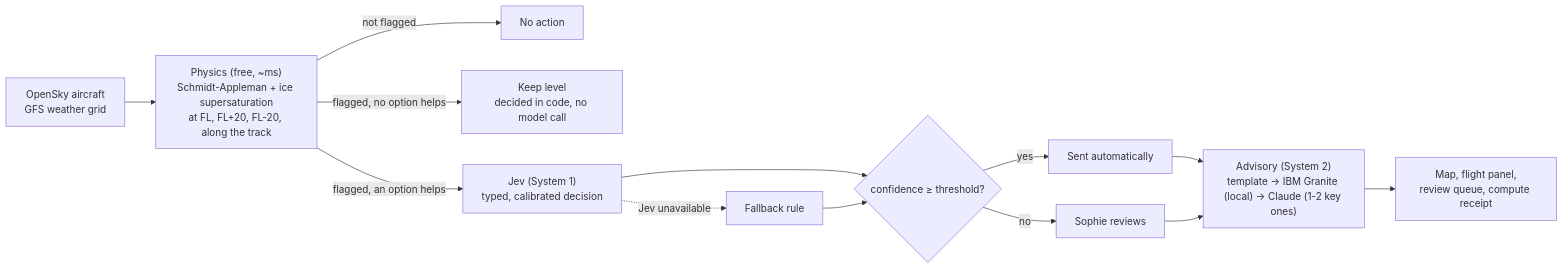
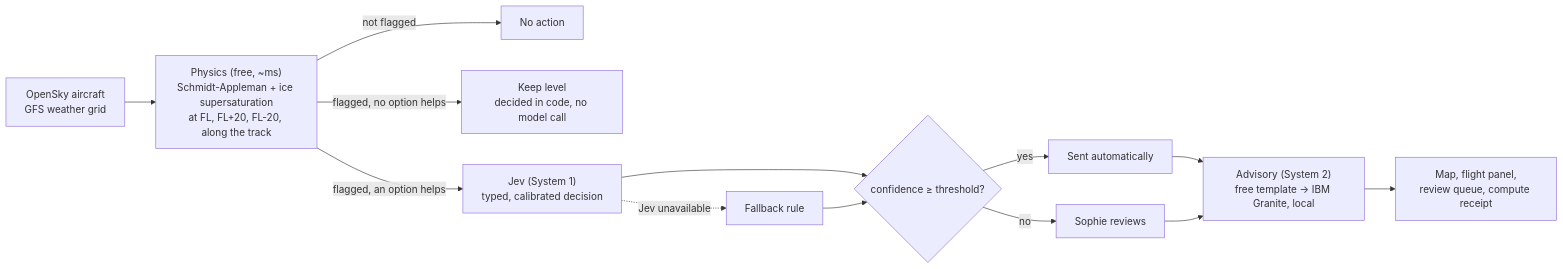
One commit to hediamara1208-commits/TrailSense changed the diagram in README.md. Above: the diagram before and after it, drawn with Mermaid. The commit also changed other lines of this file and 4 other files, not shown here.

Commit message:
No Claude API credits at CodeJam: Claude writing tier off (MAX_CLAUDE_ADVISORIES=0), Granite writes the key advisories; docs updated

````diff
--- a/README.md
+++ b/README.md
@@ -28,15 +28,15 @@
 ```mermaid
 flowchart LR
     A[OpenSky aircraft<br/>GFS weather grid] --> B["Physics (free, ~ms)<br/>Schmidt-Appleman + ice supersaturation<br/>at FL, FL+20, FL-20, along the track"]
     B -->|not flagged| Z[No action]
     B -->|flagged, no option helps| M[Keep level<br/>decided in code, no model call]
     B -->|flagged, an option helps| J["Jev (System 1)<br/>typed, calibrated decision"]
     J -.->|Jev unavailable| R[Fallback rule]
     J --> T{confidence ≥ threshold?}
     R --> T
     T -->|yes| AUTO[Sent automatically]
     T -->|no| HUM[Sophie reviews]
-    AUTO --> W["Advisory (System 2)<br/>template → IBM Granite (local) → Claude (1-2 key ones)"]
+    AUTO --> W["Advisory (System 2)<br/>free template → IBM Granite, local"]
     HUM --> W
     W --> UI[Map, flight panel,<br/>review queue, compute receipt]
 ```
````
